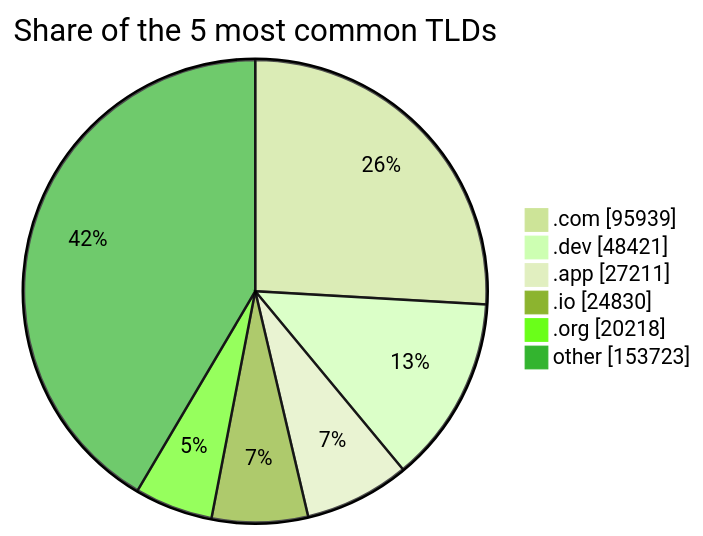
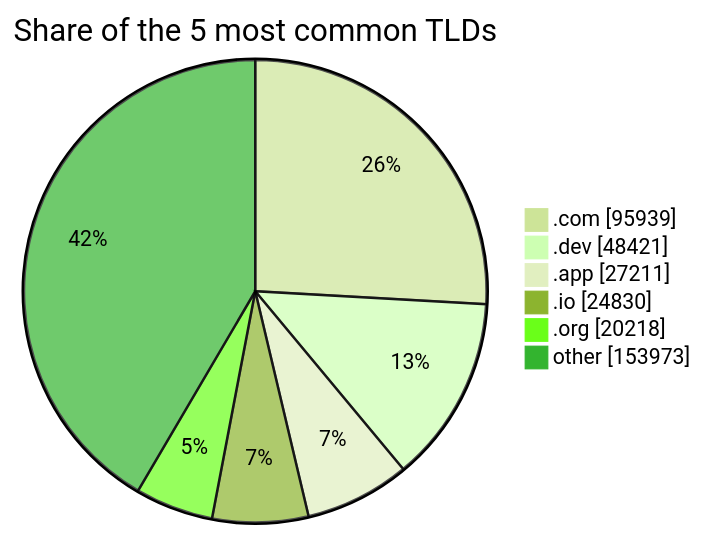
Before and after one commit to DNSBunker/CTI: the third of 3 diagrams in README.md, drawn with Mermaid (forest theme). The commit also changed other lines of this file and 3 other files, not shown here.

````diff
--- a/README.md
+++ b/README.md
@@ -81,9 +81,9 @@
 ```mermaid
 pie showData title Share of the 5 most common TLDs
     ".com" : 95939
     ".dev" : 48421
     ".app" : 27211
     ".io" : 24830
     ".org" : 20218
-    "other" : 153723
+    "other" : 153973
 ```
````
